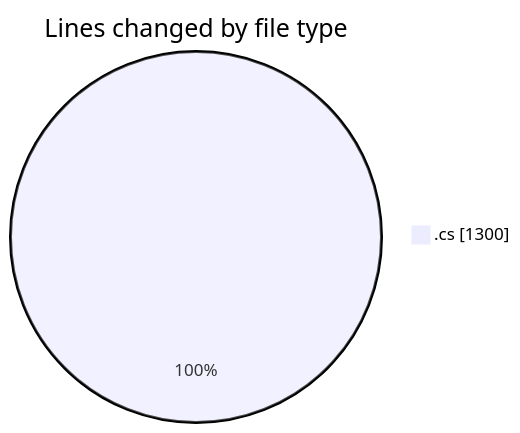
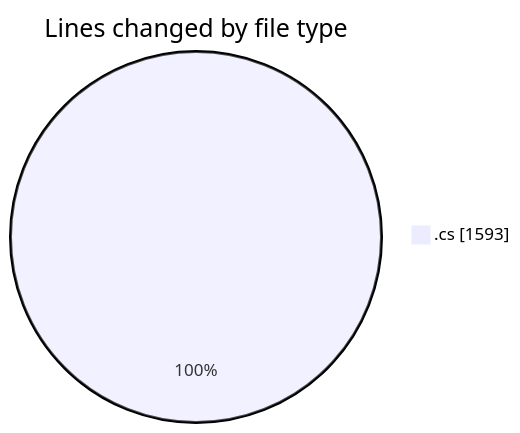
The first of 2 diagrams in 2025-04-01/back-end/README.md (Netris89/code-tracking), drawn with Mermaid before and after one commit. The commit also changed other lines of this file and 1 other file, not shown here.

````diff
--- a/2025-04-01/back-end/README.md
+++ b/2025-04-01/back-end/README.md
@@ -25,5 +26,5 @@
 ```mermaid
 pie showData
 title Lines changed by file type
-".cs" : 1300
+".cs" : 1593
 ```
````
